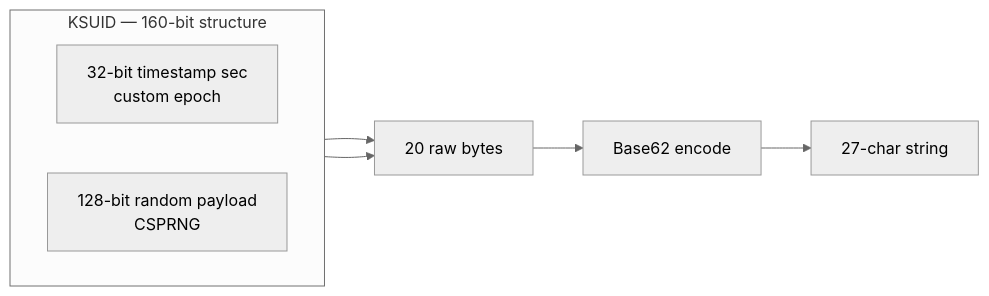
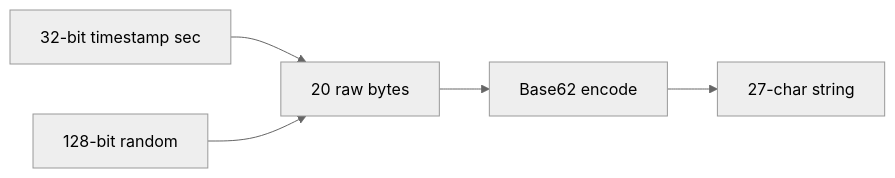
Diagram 15 of 15 in 13-advanced-topics/README.md (hareramcse/SystemDesign), drawn with Mermaid (neutral theme) before and after one commit. The commit also changed other lines of this file, not shown here.

````diff
--- a/13-advanced-topics/README.md
+++ b/13-advanced-topics/README.md
@@ -3091,12 +3108,7 @@
 ```mermaid
 flowchart LR
-    subgraph ksuid["KSUID — 160-bit structure"]
-        direction LR
-        T["32-bit timestamp sec<br/>custom epoch"]
-        P["128-bit random payload<br/>CSPRNG"]
-    end
-    T --> RAW["20 raw bytes"]
-    P --> RAW
+    T["32-bit timestamp sec"] --> RAW["20 raw bytes"]
+    P["128-bit random"] --> RAW
     RAW --> B62["Base62 encode"]
     B62 --> S["27-char string"]
 ```
````
